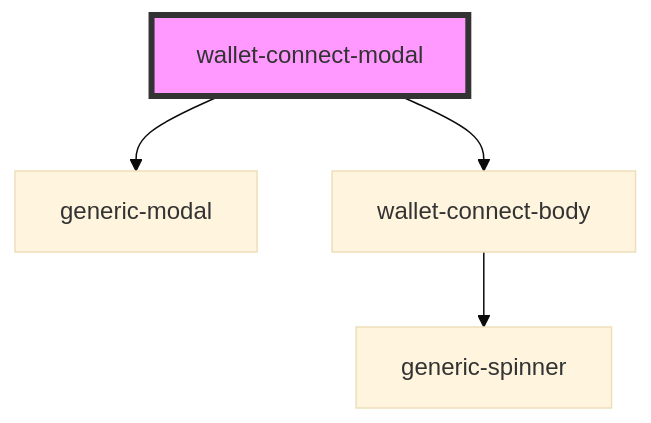
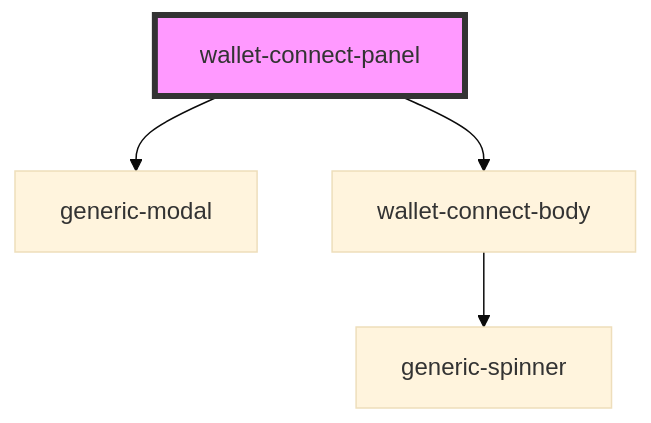
Before and after one commit to multiversx/mx-sdk-dapp-ui: the diagram in src/components/functional/wallet-connect-components/readme.md, drawn with Mermaid (base theme). The commit also changed 5 other files, not shown here.

````diff
--- a/src/components/functional/wallet-connect-components/readme.md
+++ b/src/components/functional/wallet-connect-components/readme.md
@@ -34,7 +34,7 @@
 ```mermaid
 graph TD;
-  wallet-connect-modal --> generic-modal
-  wallet-connect-modal --> wallet-connect-body
+  wallet-connect-panel --> generic-modal
+  wallet-connect-panel --> wallet-connect-body
   wallet-connect-body --> generic-spinner
-  style wallet-connect-modal fill:#f9f,stroke:#333,stroke-width:4px
+  style wallet-connect-panel fill:#f9f,stroke:#333,stroke-width:4px
 ```
````
